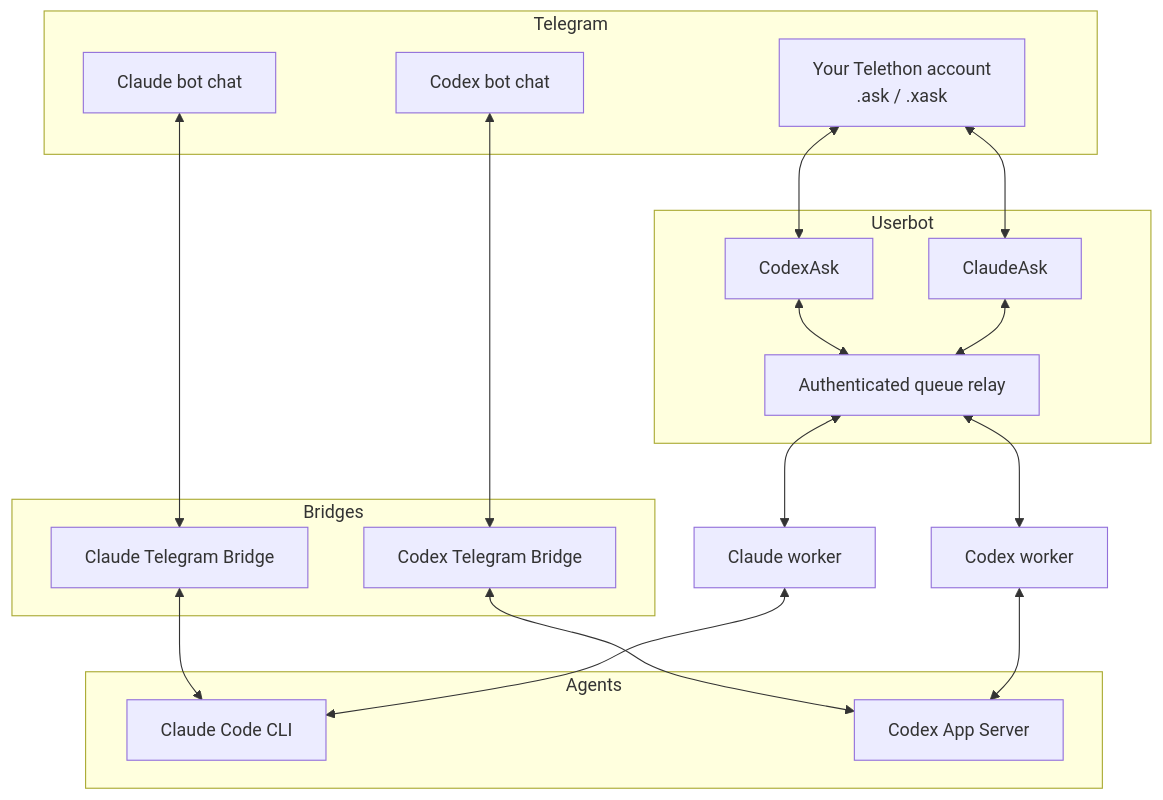
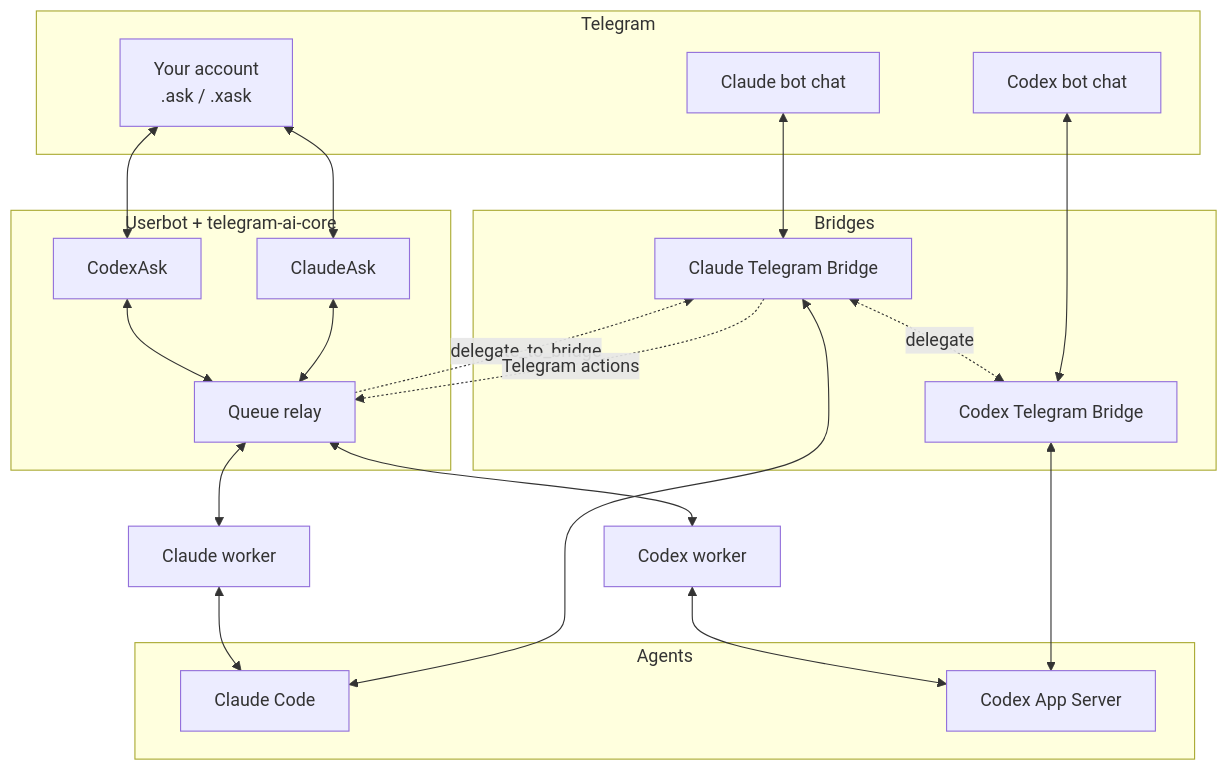
The diagram in README.md (maleon17/telegram-ai), drawn with Mermaid before and after one commit. The commit also changed other lines of this file, not shown here.

Commit message:
Add telegram-ai-core, a 'which one' guide and how the parts work together

````diff
--- a/README.md
+++ b/README.md
@@ -66,33 +49,30 @@
 ```mermaid
 flowchart TB
     subgraph Telegram
       CBOT["Claude bot chat"]
       XBOT["Codex bot chat"]
-      USER["Your Telethon account<br/>.ask / .xask"]
+      USER["Your account<br/>.ask / .xask"]
     end
     subgraph Bridges
       CB["Claude Telegram Bridge"]
       XB["Codex Telegram Bridge"]
     end
-    subgraph Userbot
+    subgraph Userbot["Userbot + telegram-ai-core"]
+      CA["ClaudeAsk"]
       XA["CodexAsk"]
-      CA["ClaudeAsk"]
-      R["Authenticated queue relay"]
+      R["Queue relay"]
     end
     subgraph Agents
-      C["Claude Code CLI"]
+      C["Claude Code"]
       X["Codex App Server"]
     end
-    CBOT <--> CB
-    CB <--> C
-    XBOT <--> XB
-    XB <--> X
-    USER <--> XA
-    USER <--> CA
-    XA <--> R
-    CA <--> R
-    R <--> CW["Claude worker"]
-    R <--> XW["Codex worker"]
-    CW <--> C
-    XW <--> X
+    CBOT <--> CB <--> C
+    XBOT <--> XB <--> X
+    USER <--> CA <--> R
+    USER <--> XA <--> R
+    R <--> CW["Claude worker"] <--> C
+    R <--> XW["Codex worker"] <--> X
+    CB <-. "delegate" .-> XB
+    R -. "delegate_to_bridge" .-> CB
+    CB -. "Telegram actions" .-> R
 ```
````
